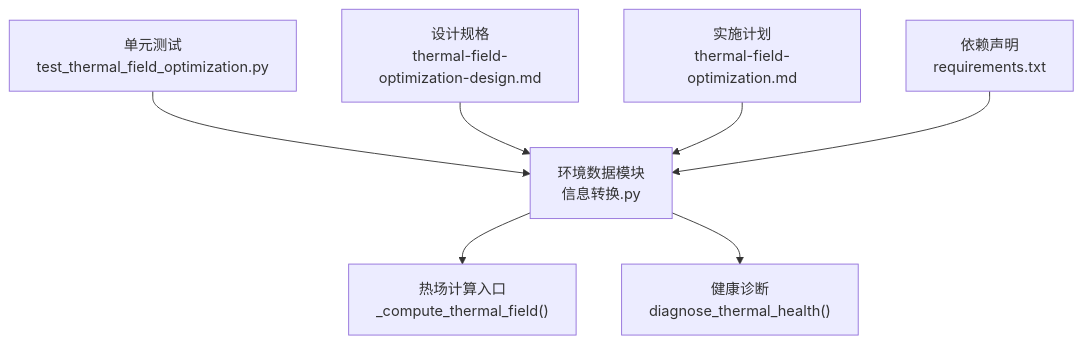
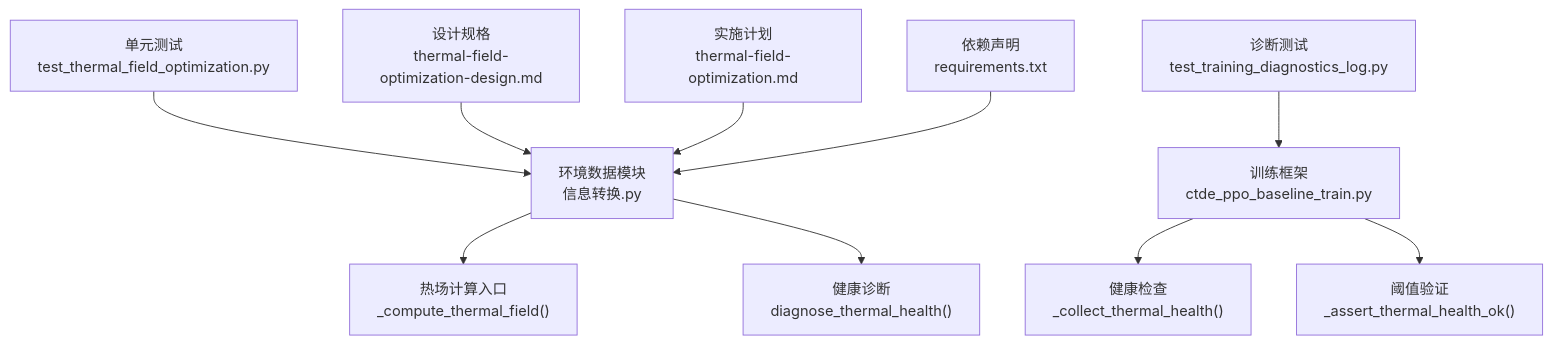
The first of 6 diagrams in .qoder/repowiki/zh/content/数据处理/热场计算优化.md (xixi10001/self_Adaptive), drawn with Mermaid before and after one commit. The commit also changed other lines of this file and 21 other files, not shown here.

````diff
--- a/.qoder/repowiki/zh/content/数据处理/热场计算优化.md
+++ b/.qoder/repowiki/zh/content/数据处理/热场计算优化.md
@@ -38,9 +49,12 @@
 ```mermaid
 graph TB
 A["环境数据模块<br/>信息转换.py"] --> B["热场计算入口<br/>_compute_thermal_field()"]
 A --> C["健康诊断<br/>diagnose_thermal_health()"]
-D["单元测试<br/>test_thermal_field_optimization.py"] --> A
-E["设计规格<br/>thermal-field-optimization-design.md"] --> A
-F["实施计划<br/>thermal-field-optimization.md"] --> A
-G["依赖声明<br/>requirements.txt"] --> A
+D["训练框架<br/>ctde_ppo_baseline_train.py"] --> E["健康检查<br/>_collect_thermal_health()"]
+D --> F["阈值验证<br/>_assert_thermal_health_ok()"]
+G["单元测试<br/>test_thermal_field_optimization.py"] --> A
+H["诊断测试<br/>test_training_diagnostics_log.py"] --> D
+I["设计规格<br/>thermal-field-optimization-design.md"] --> A
+J["实施计划<br/>thermal-field-optimization.md"] --> A
+K["依赖声明<br/>requirements.txt"] --> A
 ```
````
